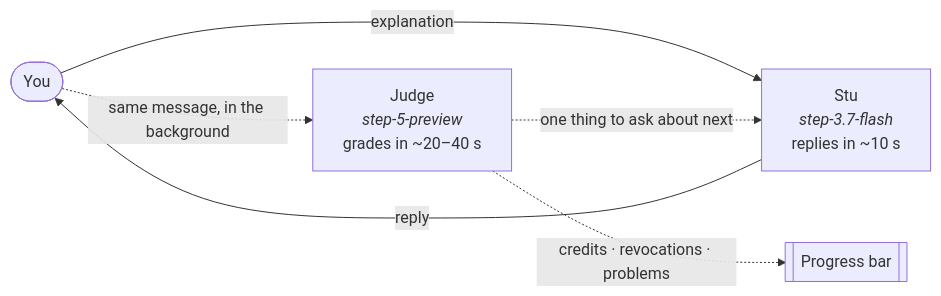
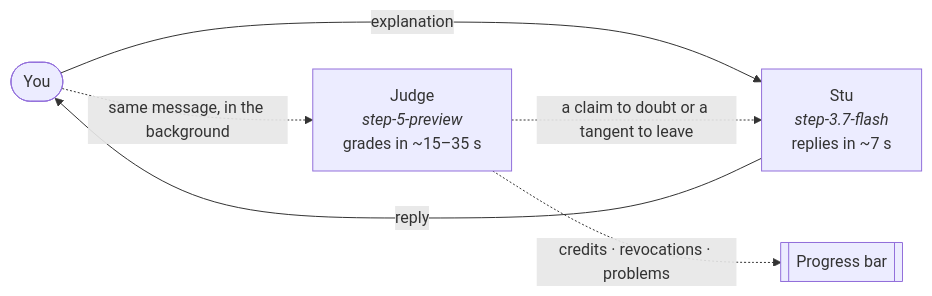
One commit to samerrahman/AI-Hackathon-2026 changed the diagram in README.md. Above: the diagram before and after it, drawn with Mermaid. The commit also changed other lines of this file and 7 other files, not shown here.

````diff
--- a/README.md
+++ b/README.md
@@ -36,8 +69,8 @@
 ```mermaid
 flowchart LR
-    You([You]) -->|explanation| Stu["Stu<br/><i>step-3.7-flash</i><br/>replies in ~10 s"]
+    You([You]) -->|explanation| Stu["Stu<br/><i>step-3.7-flash</i><br/>replies in ~7 s"]
     Stu -->|reply| You
-    You -.->|same message, in the background| Judge["Judge<br/><i>step-5-preview</i><br/>grades in ~20–40 s"]
+    You -.->|same message, in the background| Judge["Judge<br/><i>step-5-preview</i><br/>grades in ~15–35 s"]
     Judge -.->|credits · revocations · problems| Bar[[Progress bar]]
-    Judge -.->|one thing to ask about next| Stu
+    Judge -.->|a claim to doubt or a tangent to leave| Stu
 ```
````
